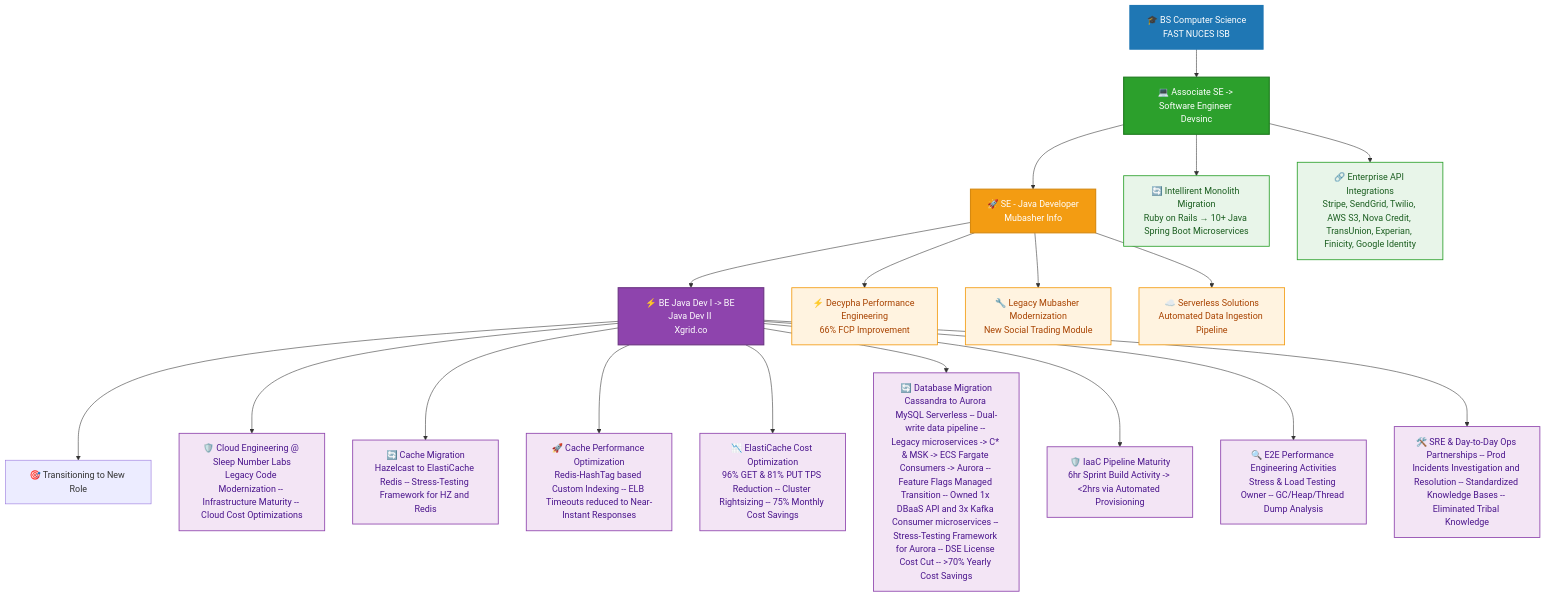
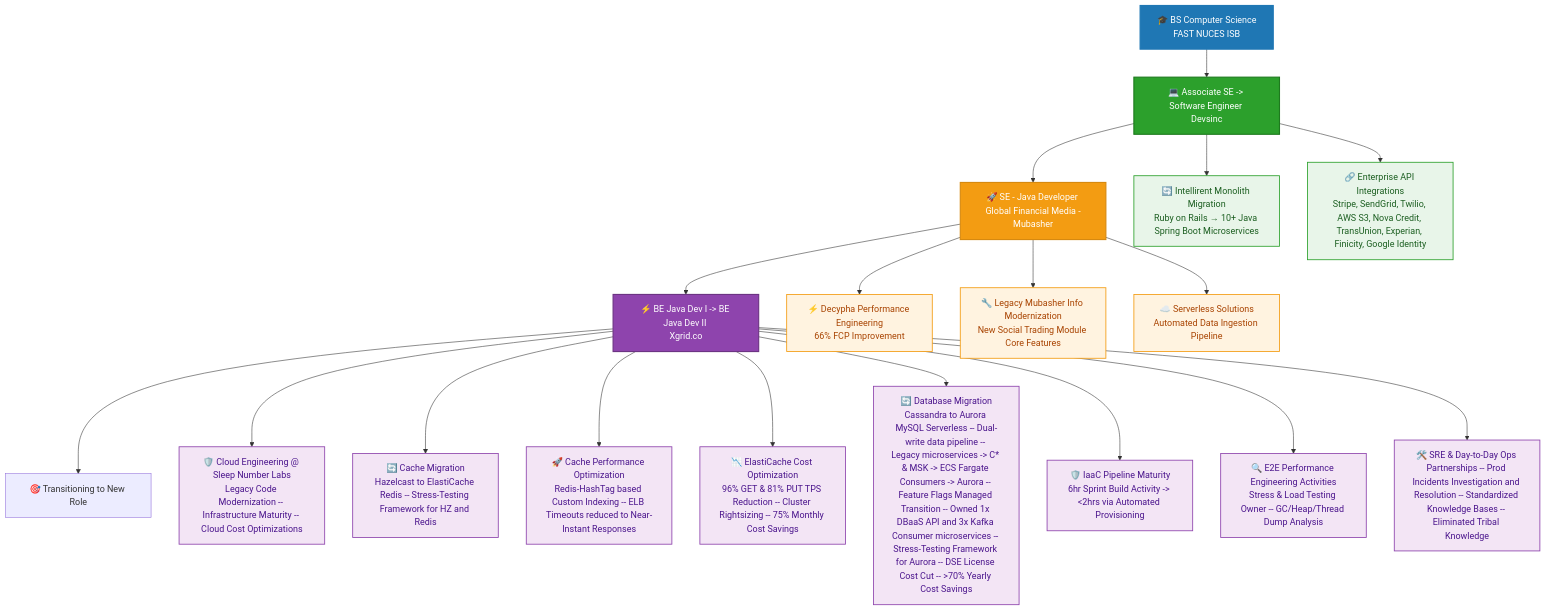
One commit to khawaja-abdullah/khawaja-abdullah changed the diagram in README.md. Above: the diagram before and after it, drawn with Mermaid.

Commit message:
minor fixes

````diff
--- a/README.md
+++ b/README.md
@@ -152,52 +152,52 @@
 ```mermaid
 flowchart TD
     A[🎓 BS Computer Science<br/>FAST NUCES ISB] --> B[💻 Associate SE -> Software Engineer <br/>Devsinc]
-    B --> C[🚀 SE - Java Developer <br/>Mubasher Info]
+    B --> C[🚀 SE - Java Developer <br/> Global Financial Media - Mubasher]
     C --> D[⚡ BE Java Dev I -> BE Java Dev II <br/>Xgrid.co]
     D --> E[🎯 Transitioning to New Role]
     
     %% DEVSINC / INTELLIRENT
     B --> B1[🔄 Intellirent Monolith Migration<br/>Ruby on Rails → 10+ Java Spring Boot Microservices]
     B --> B2[🔗 Enterprise API Integrations<br/>Stripe, SendGrid, Twilio, AWS S3, Nova Credit, TransUnion, Experian, Finicity, Google Identity]
     
-    %% MUBASHER
+    %% GLOBAL FINALICAL MEDIA | MUBASHER / DECYPHA, MUBASHER INFO
     C --> C1[⚡ Decypha Performance Engineering<br/>66% FCP Improvement]
-    C --> C2[🔧 Legacy Mubasher Modernization<br/>New Social Trading Module]
+    C --> C2[🔧 Legacy Mubasher Info Modernization<br/>New Social Trading Module Core Features]
     C --> C3[☁️ Serverless Solutions<br/>Automated Data Ingestion Pipeline]
     
     %% XGRID / SLEEP NUMBER
     D --> D1[🛡️ Cloud Engineering @ Sleep Number Labs<br/>Legacy Code Modernization -- Infrastructure Maturity -- Cloud Cost Optimizations]
     D --> D2[🔄 Cache Migration<br/>Hazelcast to ElastiCache Redis -- Stress-Testing Framework for HZ and Redis]
     D --> D3[🚀 Cache Performance Optimization<br/>Redis-HashTag based Custom Indexing -- ELB Timeouts reduced to Near-Instant Responses]
     D --> D4[📉 ElastiCache Cost Optimization<br/>96% GET & 81% PUT TPS Reduction -- Cluster Rightsizing -- 75% Monthly Cost Savings]
     D --> D5[🔄 Database Migration<br/>Cassandra to Aurora MySQL Serverless -- Dual-write data pipeline -- Legacy microservices -> C* & MSK -> ECS Fargate Consumers -> Aurora -- Feature Flags Managed Transition -- Owned 1x DBaaS API and 3x Kafka Consumer microservices -- Stress-Testing Framework for Aurora -- DSE License Cost Cut -- >70% Yearly Cost Savings]
     D --> D6[🛡️ IaaC Pipeline Maturity<br/>6hr Sprint Build Activity -> <2hrs via Automated Provisioning]
     D --> D7[🔍 E2E Performance Engineering Activities<br/>Stress & Load Testing Owner -- GC/Heap/Thread Dump Analysis]
     D --> D8[🛠️ SRE & Day-to-Day Ops Partnerships -- Prod Incidents Investigation and Resolution -- Standardized Knowledge Bases -- Eliminated Tribal Knowledge]
 
     %% Main Nodes
     style A fill:#1F77B4,stroke:#1F77B4,stroke-width:2px,color:#ffffff
     style B fill:#2CA02C,stroke:#1E7A1E,stroke-width:2px,color:#ffffff
     style C fill:#F39C12,stroke:#D68910,stroke-width:2px,color:#ffffff
     style D fill:#8E44AD,stroke:#6C3483,stroke-width:2px,color:#ffffff
 
     %% Devsinc Nodes
     style B1 fill:#E8F5E9,stroke:#2CA02C,stroke-width:1.5px,color:#1B5E20
     style B2 fill:#E8F5E9,stroke:#2CA02C,stroke-width:1.5px,color:#1B5E20
 
     %% Mubasher Nodes
     style C1 fill:#FFF3E0,stroke:#F39C12,stroke-width:1.5px,color:#A84300
     style C2 fill:#FFF3E0,stroke:#F39C12,stroke-width:1.5px,color:#A84300
     style C3 fill:#FFF3E0,stroke:#F39C12,stroke-width:1.5px,color:#A84300
 
     %% Xgrid Nodes
     style D1 fill:#F3E5F5,stroke:#8E44AD,stroke-width:1.5px,color:#4A148C
     style D2 fill:#F3E5F5,stroke:#8E44AD,stroke-width:1.5px,color:#4A148C
     style D3 fill:#F3E5F5,stroke:#8E44AD,stroke-width:1.5px,color:#4A148C
     style D4 fill:#F3E5F5,stroke:#8E44AD,stroke-width:1.5px,color:#4A148C
     style D5 fill:#F3E5F5,stroke:#8E44AD,stroke-width:1.5px,color:#4A148C
     style D6 fill:#F3E5F5,stroke:#8E44AD,stroke-width:1.5px,color:#4A148C
     style D7 fill:#F3E5F5,stroke:#8E44AD,stroke-width:1.5px,color:#4A148C
     style D8 fill:#F3E5F5,stroke:#8E44AD,stroke-width:1.5px,color:#4A148C
 
 ```
````
